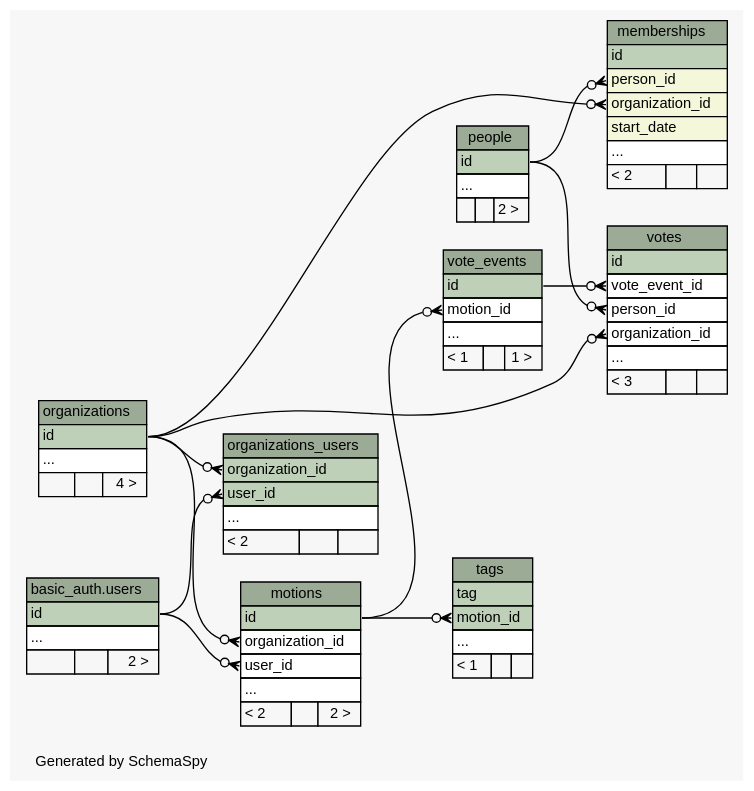
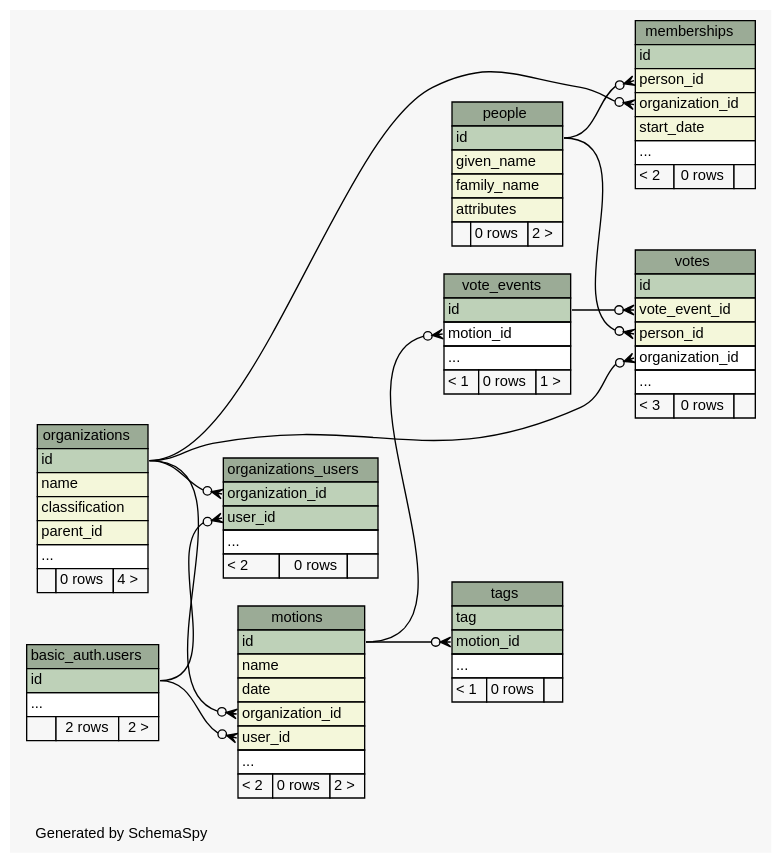
The diagram in api/schema/diagrams/summary/relationships.real.compact.dot (michalskop/hlasovali.cz), drawn with Graphviz before and after one commit. The commit also changed 249 other files, not shown here.

```diff
--- a/api/schema/diagrams/summary/relationships.real.compact.dot
+++ b/api/schema/diagrams/summary/relationships.real.compact.dot
@@ -1,142 +1,149 @@
-// dot 2.36.0 on Linux 3.13.0-85-generic
+// dot 2.36.0 on Linux 3.13.0-91-generic
 // SchemaSpy rev 590
 digraph "compactRelationshipsDiagram" {
   graph [
     rankdir="RL"
     bgcolor="#f7f7f7"
     label="\nGenerated by SchemaSpy"
     labeljust="l"
     nodesep="0.18"
     ranksep="0.46"
     fontname="Helvetica"
     fontsize="11"
   ];
   node [
     fontname="Helvetica"
     fontsize="11"
     shape="plaintext"
   ];
   edge [
     arrowsize="0.8"
   ];
   "memberships" [
     label=<
     <TABLE BORDER="0" CELLBORDER="1" CELLSPACING="0" BGCOLOR="#ffffff">
       <TR><TD COLSPAN="3" BGCOLOR="#9bab96" ALIGN="CENTER">memberships</TD></TR>
       <TR><TD PORT="id" COLSPAN="3" BGCOLOR="#bed1b8" ALIGN="LEFT">id</TD></TR>
       <TR><TD PORT="person_id" COLSPAN="3" BGCOLOR="#f4f7da" ALIGN="LEFT">person_id</TD></TR>
       <TR><TD PORT="organization_id" COLSPAN="3" BGCOLOR="#f4f7da" ALIGN="LEFT">organization_id</TD></TR>
       <TR><TD PORT="start_date" COLSPAN="3" BGCOLOR="#f4f7da" ALIGN="LEFT">start_date</TD></TR>
       <TR><TD PORT="elipses" COLSPAN="3" ALIGN="LEFT">...</TD></TR>
-      <TR><TD ALIGN="LEFT" BGCOLOR="#f7f7f7">&lt; 2</TD><TD ALIGN="RIGHT" BGCOLOR="#f7f7f7">  </TD><TD ALIGN="RIGHT" BGCOLOR="#f7f7f7">  </TD></TR>
+      <TR><TD ALIGN="LEFT" BGCOLOR="#f7f7f7">&lt; 2</TD><TD ALIGN="RIGHT" BGCOLOR="#f7f7f7">0 rows</TD><TD ALIGN="RIGHT" BGCOLOR="#f7f7f7">  </TD></TR>
     </TABLE>>
     URL="tables/memberships.html"
     tooltip="memberships"
   ];
   "motions" [
     label=<
     <TABLE BORDER="0" CELLBORDER="1" CELLSPACING="0" BGCOLOR="#ffffff">
       <TR><TD COLSPAN="3" BGCOLOR="#9bab96" ALIGN="CENTER">motions</TD></TR>
       <TR><TD PORT="id" COLSPAN="3" BGCOLOR="#bed1b8" ALIGN="LEFT">id</TD></TR>
-      <TR><TD PORT="organization_id" COLSPAN="3" ALIGN="LEFT">organization_id</TD></TR>
-      <TR><TD PORT="user_id" COLSPAN="3" ALIGN="LEFT">user_id</TD></TR>
+      <TR><TD PORT="name" COLSPAN="3" BGCOLOR="#f4f7da" ALIGN="LEFT">name</TD></TR>
+      <TR><TD PORT="date" COLSPAN="3" BGCOLOR="#f4f7da" ALIGN="LEFT">date</TD></TR>
+      <TR><TD PORT="organization_id" COLSPAN="3" BGCOLOR="#f4f7da" ALIGN="LEFT">organization_id</TD></TR>
+      <TR><TD PORT="user_id" COLSPAN="3" BGCOLOR="#f4f7da" ALIGN="LEFT">user_id</TD></TR>
       <TR><TD PORT="elipses" COLSPAN="3" ALIGN="LEFT">...</TD></TR>
-      <TR><TD ALIGN="LEFT" BGCOLOR="#f7f7f7">&lt; 2</TD><TD ALIGN="RIGHT" BGCOLOR="#f7f7f7">  </TD><TD ALIGN="RIGHT" BGCOLOR="#f7f7f7">2 &gt;</TD></TR>
+      <TR><TD ALIGN="LEFT" BGCOLOR="#f7f7f7">&lt; 2</TD><TD ALIGN="RIGHT" BGCOLOR="#f7f7f7">0 rows</TD><TD ALIGN="RIGHT" BGCOLOR="#f7f7f7">2 &gt;</TD></TR>
     </TABLE>>
     URL="tables/motions.html"
     tooltip="motions"
   ];
   "organizations" [
     label=<
     <TABLE BORDER="0" CELLBORDER="1" CELLSPACING="0" BGCOLOR="#ffffff">
       <TR><TD COLSPAN="3" BGCOLOR="#9bab96" ALIGN="CENTER">organizations</TD></TR>
       <TR><TD PORT="id" COLSPAN="3" BGCOLOR="#bed1b8" ALIGN="LEFT">id</TD></TR>
+      <TR><TD PORT="name" COLSPAN="3" BGCOLOR="#f4f7da" ALIGN="LEFT">name</TD></TR>
+      <TR><TD PORT="classification" COLSPAN="3" BGCOLOR="#f4f7da" ALIGN="LEFT">classification</TD></TR>
+      <TR><TD PORT="parent_id" COLSPAN="3" BGCOLOR="#f4f7da" ALIGN="LEFT">parent_id</TD></TR>
       <TR><TD PORT="elipses" COLSPAN="3" ALIGN="LEFT">...</TD></TR>
-      <TR><TD ALIGN="LEFT" BGCOLOR="#f7f7f7">  </TD><TD ALIGN="RIGHT" BGCOLOR="#f7f7f7">  </TD><TD ALIGN="RIGHT" BGCOLOR="#f7f7f7">4 &gt;</TD></TR>
+      <TR><TD ALIGN="LEFT" BGCOLOR="#f7f7f7">  </TD><TD ALIGN="RIGHT" BGCOLOR="#f7f7f7">0 rows</TD><TD ALIGN="RIGHT" BGCOLOR="#f7f7f7">4 &gt;</TD></TR>
     </TABLE>>
     URL="tables/organizations.html"
     tooltip="organizations"
   ];
   "organizations_users" [
     label=<
     <TABLE BORDER="0" CELLBORDER="1" CELLSPACING="0" BGCOLOR="#ffffff">
       <TR><TD COLSPAN="3" BGCOLOR="#9bab96" ALIGN="CENTER">organizations_users</TD></TR>
       <TR><TD PORT="organization_id" COLSPAN="3" BGCOLOR="#bed1b8" ALIGN="LEFT">organization_id</TD></TR>
       <TR><TD PORT="user_id" COLSPAN="3" BGCOLOR="#bed1b8" ALIGN="LEFT">user_id</TD></TR>
       <TR><TD PORT="elipses" COLSPAN="3" ALIGN="LEFT">...</TD></TR>
-      <TR><TD ALIGN="LEFT" BGCOLOR="#f7f7f7">&lt; 2</TD><TD ALIGN="RIGHT" BGCOLOR="#f7f7f7">  </TD><TD ALIGN="RIGHT" BGCOLOR="#f7f7f7">  </TD></TR>
+      <TR><TD ALIGN="LEFT" BGCOLOR="#f7f7f7">&lt; 2</TD><TD ALIGN="RIGHT" BGCOLOR="#f7f7f7">0 rows</TD><TD ALIGN="RIGHT" BGCOLOR="#f7f7f7">  </TD></TR>
     </TABLE>>
     URL="tables/organizations_users.html"
     tooltip="organizations_users"
   ];
   "people" [
     label=<
     <TABLE BORDER="0" CELLBORDER="1" CELLSPACING="0" BGCOLOR="#ffffff">
       <TR><TD COLSPAN="3" BGCOLOR="#9bab96" ALIGN="CENTER">people</TD></TR>
       <TR><TD PORT="id" COLSPAN="3" BGCOLOR="#bed1b8" ALIGN="LEFT">id</TD></TR>
-      <TR><TD PORT="elipses" COLSPAN="3" ALIGN="LEFT">...</TD></TR>
-      <TR><TD ALIGN="LEFT" BGCOLOR="#f7f7f7">  </TD><TD ALIGN="RIGHT" BGCOLOR="#f7f7f7">  </TD><TD ALIGN="RIGHT" BGCOLOR="#f7f7f7">2 &gt;</TD></TR>
+      <TR><TD PORT="given_name" COLSPAN="3" BGCOLOR="#f4f7da" ALIGN="LEFT">given_name</TD></TR>
+      <TR><TD PORT="family_name" COLSPAN="3" BGCOLOR="#f4f7da" ALIGN="LEFT">family_name</TD></TR>
+      <TR><TD PORT="attributes" COLSPAN="3" BGCOLOR="#f4f7da" ALIGN="LEFT">attributes</TD></TR>
+      <TR><TD ALIGN="LEFT" BGCOLOR="#f7f7f7">  </TD><TD ALIGN="RIGHT" BGCOLOR="#f7f7f7">0 rows</TD><TD ALIGN="RIGHT" BGCOLOR="#f7f7f7">2 &gt;</TD></TR>
     </TABLE>>
     URL="tables/people.html"
     tooltip="people"
   ];
   "tags" [
     label=<
     <TABLE BORDER="0" CELLBORDER="1" CELLSPACING="0" BGCOLOR="#ffffff">
       <TR><TD COLSPAN="3" BGCOLOR="#9bab96" ALIGN="CENTER">tags</TD></TR>
       <TR><TD PORT="tag" COLSPAN="3" BGCOLOR="#bed1b8" ALIGN="LEFT">tag</TD></TR>
       <TR><TD PORT="motion_id" COLSPAN="3" BGCOLOR="#bed1b8" ALIGN="LEFT">motion_id</TD></TR>
       <TR><TD PORT="elipses" COLSPAN="3" ALIGN="LEFT">...</TD></TR>
-      <TR><TD ALIGN="LEFT" BGCOLOR="#f7f7f7">&lt; 1</TD><TD ALIGN="RIGHT" BGCOLOR="#f7f7f7">  </TD><TD ALIGN="RIGHT" BGCOLOR="#f7f7f7">  </TD></TR>
+      <TR><TD ALIGN="LEFT" BGCOLOR="#f7f7f7">&lt; 1</TD><TD ALIGN="RIGHT" BGCOLOR="#f7f7f7">0 rows</TD><TD ALIGN="RIGHT" BGCOLOR="#f7f7f7">  </TD></TR>
     </TABLE>>
     URL="tables/tags.html"
     tooltip="tags"
   ];
   "basic_auth.users" [
     label=<
     <TABLE BORDER="0" CELLBORDER="1" CELLSPACING="0" BGCOLOR="#ffffff">
       <TR><TD COLSPAN="3" BGCOLOR="#9bab96" ALIGN="CENTER">basic_auth.users</TD></TR>
       <TR><TD PORT="id" COLSPAN="3" BGCOLOR="#bed1b8" ALIGN="LEFT">id</TD></TR>
       <TR><TD PORT="elipses" COLSPAN="3" ALIGN="LEFT">...</TD></TR>
-      <TR><TD ALIGN="LEFT" BGCOLOR="#f7f7f7">  </TD><TD ALIGN="RIGHT" BGCOLOR="#f7f7f7">  </TD><TD ALIGN="RIGHT" BGCOLOR="#f7f7f7">2 &gt;</TD></TR>
+      <TR><TD ALIGN="LEFT" BGCOLOR="#f7f7f7">  </TD><TD ALIGN="RIGHT" BGCOLOR="#f7f7f7">2 rows</TD><TD ALIGN="RIGHT" BGCOLOR="#f7f7f7">2 &gt;</TD></TR>
     </TABLE>>
     tooltip="basic_auth.users"
   ];
   "vote_events" [
     label=<
     <TABLE BORDER="0" CELLBORDER="1" CELLSPACING="0" BGCOLOR="#ffffff">
       <TR><TD COLSPAN="3" BGCOLOR="#9bab96" ALIGN="CENTER">vote_events</TD></TR>
       <TR><TD PORT="id" COLSPAN="3" BGCOLOR="#bed1b8" ALIGN="LEFT">id</TD></TR>
       <TR><TD PORT="motion_id" COLSPAN="3" ALIGN="LEFT">motion_id</TD></TR>
       <TR><TD PORT="elipses" COLSPAN="3" ALIGN="LEFT">...</TD></TR>
-      <TR><TD ALIGN="LEFT" BGCOLOR="#f7f7f7">&lt; 1</TD><TD ALIGN="RIGHT" BGCOLOR="#f7f7f7">  </TD><TD ALIGN="RIGHT" BGCOLOR="#f7f7f7">1 &gt;</TD></TR>
+      <TR><TD ALIGN="LEFT" BGCOLOR="#f7f7f7">&lt; 1</TD><TD ALIGN="RIGHT" BGCOLOR="#f7f7f7">0 rows</TD><TD ALIGN="RIGHT" BGCOLOR="#f7f7f7">1 &gt;</TD></TR>
     </TABLE>>
     URL="tables/vote_events.html"
     tooltip="vote_events"
   ];
   "votes" [
     label=<
     <TABLE BORDER="0" CELLBORDER="1" CELLSPACING="0" BGCOLOR="#ffffff">
       <TR><TD COLSPAN="3" BGCOLOR="#9bab96" ALIGN="CENTER">votes</TD></TR>
       <TR><TD PORT="id" COLSPAN="3" BGCOLOR="#bed1b8" ALIGN="LEFT">id</TD></TR>
-      <TR><TD PORT="vote_event_id" COLSPAN="3" ALIGN="LEFT">vote_event_id</TD></TR>
-      <TR><TD PORT="person_id" COLSPAN="3" ALIGN="LEFT">person_id</TD></TR>
+      <TR><TD PORT="vote_event_id" COLSPAN="3" BGCOLOR="#f4f7da" ALIGN="LEFT">vote_event_id</TD></TR>
+      <TR><TD PORT="person_id" COLSPAN="3" BGCOLOR="#f4f7da" ALIGN="LEFT">person_id</TD></TR>
       <TR><TD PORT="organization_id" COLSPAN="3" ALIGN="LEFT">organization_id</TD></TR>
       <TR><TD PORT="elipses" COLSPAN="3" ALIGN="LEFT">...</TD></TR>
-      <TR><TD ALIGN="LEFT" BGCOLOR="#f7f7f7">&lt; 3</TD><TD ALIGN="RIGHT" BGCOLOR="#f7f7f7">  </TD><TD ALIGN="RIGHT" BGCOLOR="#f7f7f7">  </TD></TR>
+      <TR><TD ALIGN="LEFT" BGCOLOR="#f7f7f7">&lt; 3</TD><TD ALIGN="RIGHT" BGCOLOR="#f7f7f7">0 rows</TD><TD ALIGN="RIGHT" BGCOLOR="#f7f7f7">  </TD></TR>
     </TABLE>>
     URL="tables/votes.html"
     tooltip="votes"
   ];
   "memberships":"organization_id":w -> "organizations":"id":e [arrowhead=none dir=back arrowtail=crowodot];
   "memberships":"person_id":w -> "people":"id":e [arrowhead=none dir=back arrowtail=crowodot];
   "motions":"organization_id":w -> "organizations":"id":e [arrowhead=none dir=back arrowtail=crowodot];
   "motions":"user_id":w -> "basic_auth.users":"id":e [arrowhead=none dir=back arrowtail=crowodot];
   "organizations_users":"organization_id":w -> "organizations":"id":e [arrowhead=none dir=back arrowtail=crowodot];
   "organizations_users":"user_id":w -> "basic_auth.users":"id":e [arrowhead=none dir=back arrowtail=crowodot];
   "tags":"motion_id":w -> "motions":"id":e [arrowhead=none dir=back arrowtail=crowodot];
   "vote_events":"motion_id":w -> "motions":"id":e [arrowhead=none dir=back arrowtail=crowodot];
   "votes":"organization_id":w -> "organizations":"id":e [arrowhead=none dir=back arrowtail=crowodot];
   "votes":"person_id":w -> "people":"id":e [arrowhead=none dir=back arrowtail=crowodot];
   "votes":"vote_event_id":w -> "vote_events":"id":e [arrowhead=none dir=back arrowtail=crowodot];
 }
```
